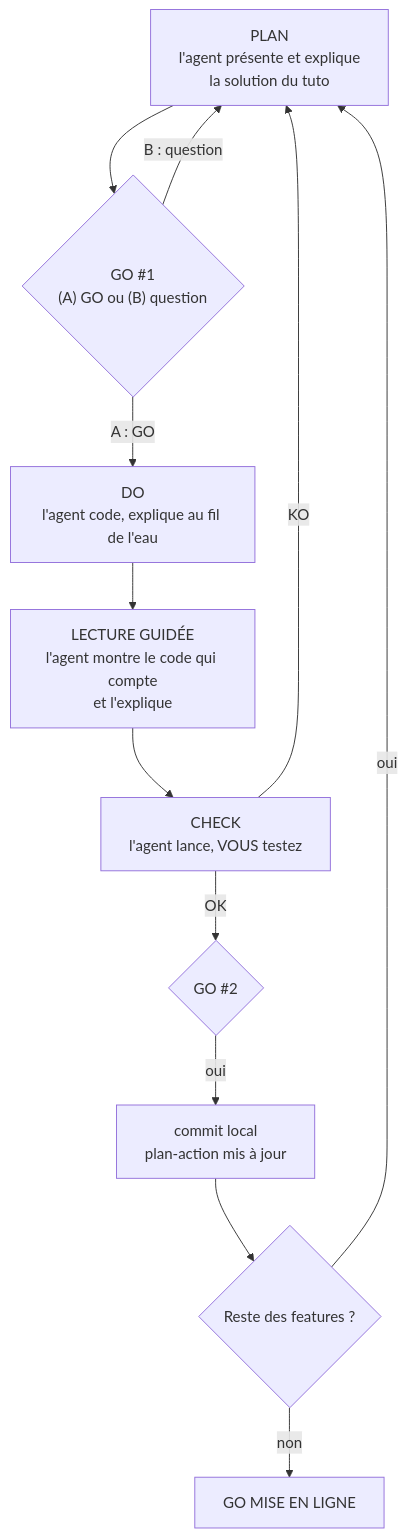
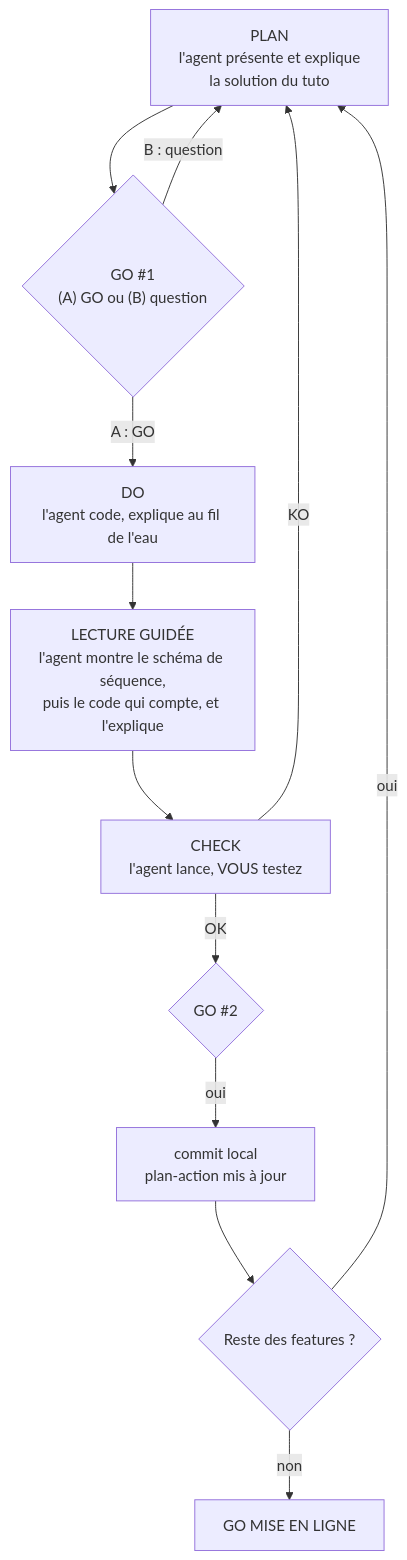
One commit to lecinquiemejour-code/goodvibe-tuto changed the ninth of 38 diagrams in tuto-goodvibe-vibecoding.md. Above: the diagram before and after it, drawn with Mermaid. The commit also changed other lines of this file and 2 other files, not shown here.

Commit message:
Transparence : le travail de l'agent visible en direct, relevé des tokens, schéma de séquence à la lecture guidée

````diff
--- a/tuto-goodvibe-vibecoding.md
+++ b/tuto-goodvibe-vibecoding.md
@@ -406,14 +415,14 @@
 ```mermaid
 flowchart TD
     P["PLAN<br/>l'agent présente et explique<br/>la solution du tuto"] --> G1{"GO #1<br/>(A) GO ou (B) question"}
     G1 -- "B : question" --> P
     G1 -- "A : GO" --> DO["DO<br/>l'agent code, explique au fil de l'eau"]
-    DO --> LG["LECTURE GUIDÉE<br/>l'agent montre le code qui compte<br/>et l'explique"]
+    DO --> LG["LECTURE GUIDÉE<br/>l'agent montre le schéma de séquence,<br/>puis le code qui compte, et l'explique"]
     LG --> CK["CHECK<br/>l'agent lance, VOUS testez"]
     CK -- "KO" --> P
     CK -- "OK" --> G2{"GO #2"}
     G2 -- "oui" --> CM["commit local<br/>plan-action mis à jour"]
     CM --> N{"Reste des features ?"}
     N -- "oui" --> P
     N -- "non" --> ML["GO MISE EN LIGNE"]
 ```
````
